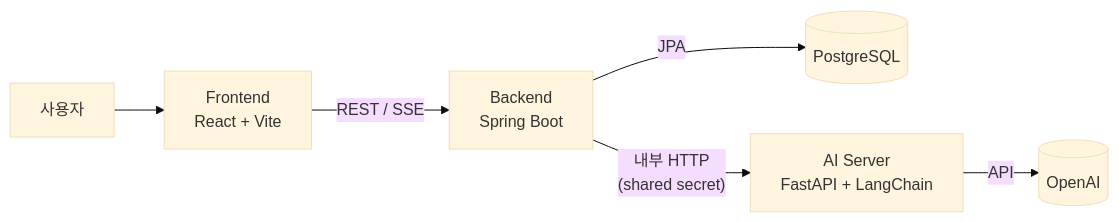
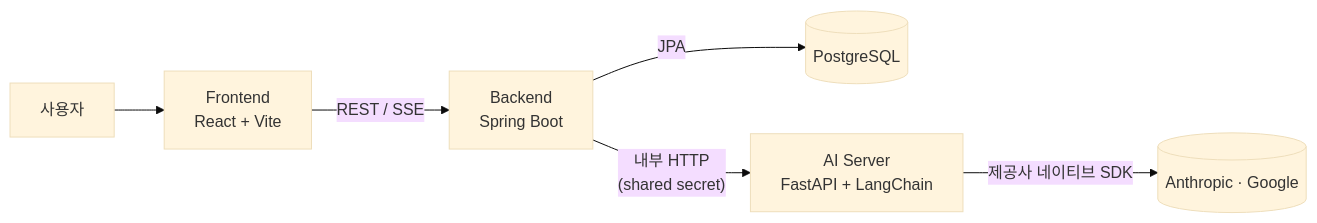
The diagram in README.md (yoojaegon/soksak), drawn with Mermaid (base theme) before and after one commit. The commit also changed other lines of this file and 23 other files, not shown here.

Commit message:
feat: 제공사 네이티브 SDK로 변경 + 프롬프트 캐싱

````diff
--- a/README.md
+++ b/README.md
@@ -53,8 +53,8 @@
 ```mermaid
 flowchart LR
     U[사용자] --> FE["Frontend<br/>React + Vite"]
     FE -->|REST / SSE| BE["Backend<br/>Spring Boot"]
     BE -->|JPA| DB[(PostgreSQL)]
     BE -->|"내부 HTTP<br/>(shared secret)"| AI["AI Server<br/>FastAPI + LangChain"]
-    AI -->|API| LLM[(OpenAI)]
+    AI -->|"제공사 네이티브 SDK"| LLM[(Anthropic · Google)]
 ```
````
